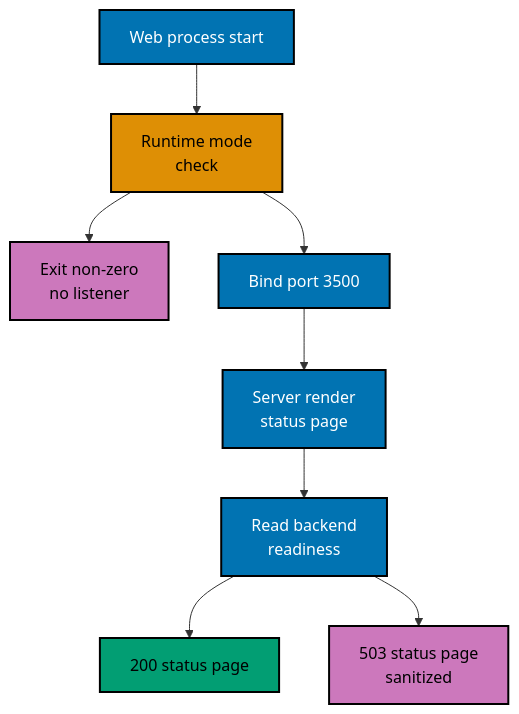
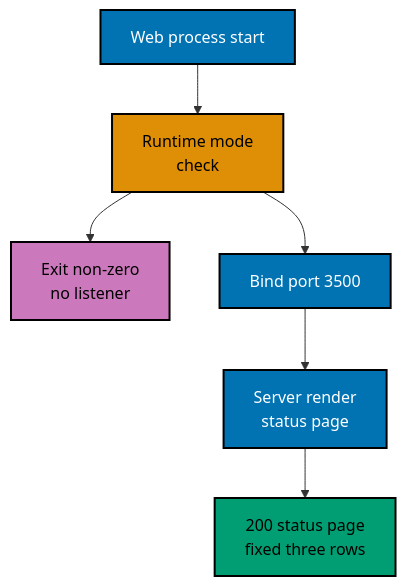
Before and after one commit to wahidyankf/ose-public: the diagram in specs/apps/ose/id-web/architecture/runtime-guard-and-status-reporting.md, drawn with Mermaid. The commit also changed other lines of this file and 124 other files, not shown here.

````diff
--- a/specs/apps/ose/id-web/architecture/runtime-guard-and-status-reporting.md
+++ b/specs/apps/ose/id-web/architecture/runtime-guard-and-status-reporting.md
@@ -23,21 +24,19 @@
 ```mermaid
 flowchart TD
   accTitle: Web status shell request path
-  accDescr: The web process validates its runtime mode before binding port 3500, then server renders the status page by reading backend readiness and returning either a successful status page or a sanitized unavailable page.
+  accDescr: The web process validates its runtime mode before binding port 3500, then server renders the fixed foundation status page.
   START["Web process start"] --> MODE["Runtime mode<br/>check"]
   MODE --> STOP["Exit non-zero<br/>no listener"]
   MODE --> BIND["Bind port 3500"]
   BIND --> RENDER["Server render<br/>status page"]
-  RENDER --> READ["Read backend<br/>readiness"]
-  READ --> OK["200 status page"]
-  READ --> DEGRADED["503 status page<br/>sanitized"]
+  RENDER --> OK["200 status page<br/>fixed three rows"]
 
   classDef step fill:#0173B2,stroke:#000000,color:#FFFFFF,stroke-width:2px
   classDef gate fill:#DE8F05,stroke:#000000,color:#000000,stroke-width:2px
   classDef good fill:#029E73,stroke:#000000,color:#000000,stroke-width:2px
   classDef bad fill:#CC78BC,stroke:#000000,color:#000000,stroke-width:2px
-  class START,BIND,RENDER,READ step
+  class START,BIND,RENDER step
   class MODE gate
   class OK good
-  class STOP,DEGRADED bad
+  class STOP bad
 ```
````
